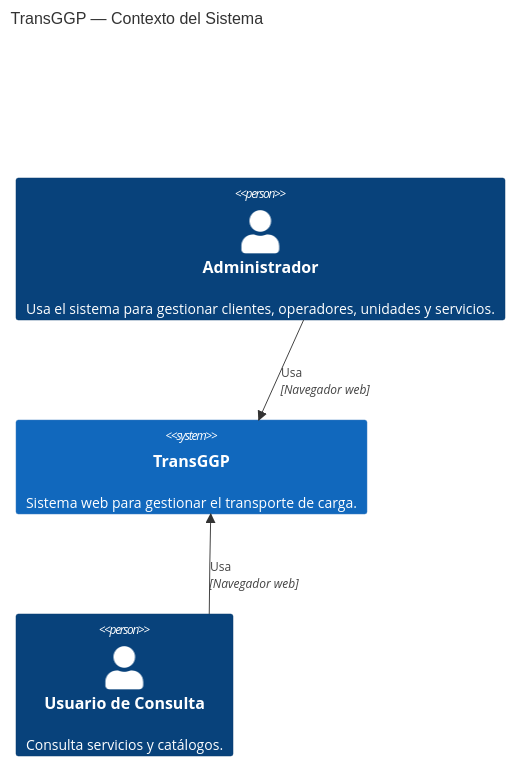
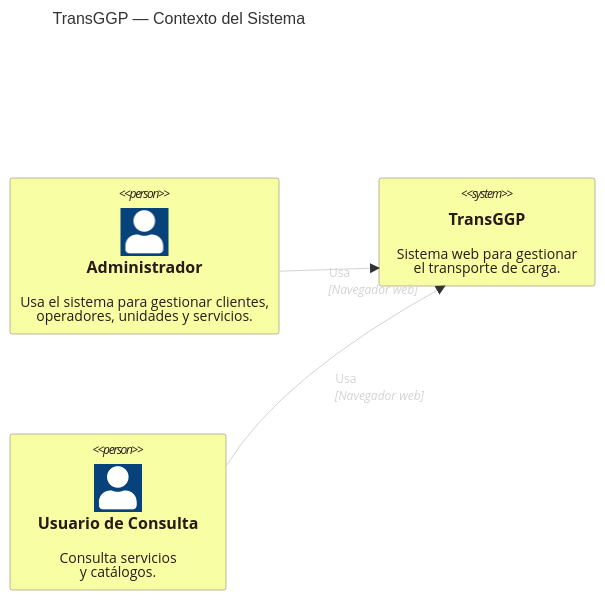
The diagram in docs/Diagramas.md (bylev/Proyecto-ArquitecturaSW), drawn with Mermaid before and after one commit.

Commit message:
docs: Añadir diagramas

````diff
--- a/docs/Diagramas.md
+++ b/docs/Diagramas.md
@@ -9,13 +9,20 @@
 ```mermaid
 C4Context
     title TransGGP — Contexto del Sistema
 
-    Person(admin, "Administrador", "Usa el sistema para gestionar clientes, operadores, unidades y servicios.")
+    %% 1. Usar <br/> en las descripciones para evitar cajas demasiado anchas
+    Person(admin, "Administrador", "Usa el sistema para gestionar clientes,<br/>operadores, unidades y servicios.")
+    
+    System(transggp, "TransGGP", "Sistema web para gestionar<br/>el transporte de carga.")
+    
+    Person(consulta, "Usuario de Consulta", "Consulta servicios<br/>y catálogos.")
 
-    System(transggp, "TransGGP", "Sistema web para gestionar el transporte de carga.")
-
-    Person(consulta, "Usuario de Consulta", "Consulta servicios y catálogos.")
-
-    Rel(admin, transggp, "Usa", "Navegador web")
-    Rel(consulta, transggp, "Usa", "Navegador web")
+    Rel_R(admin, transggp, "Usa", "Navegador web")
+    Rel_L(consulta, transggp, "Usa", "Navegador web")
+    
+    UpdateElementStyle(admin, $bgColor="#f8fea3ff", $fontColor="#2a1a18ff", $borderColor="#757260ff")
+    UpdateElementStyle(consulta, $bgColor="#f8fea3ff", $fontColor="#2a1a18ff", $borderColor="#757260ff")
+    UpdateElementStyle(transggp, $bgColor="#f8fea3ff", $fontColor="#2a1a18ff", $borderColor="#757260ff")
+    UpdateRelStyle(admin, transggp, $textColor="#d3d3d3", $lineColor="#d3d3d3")
+    UpdateRelStyle(consulta, transggp, $textColor="#d3d3d3", $lineColor="#d3d3d3")
 ```
````
